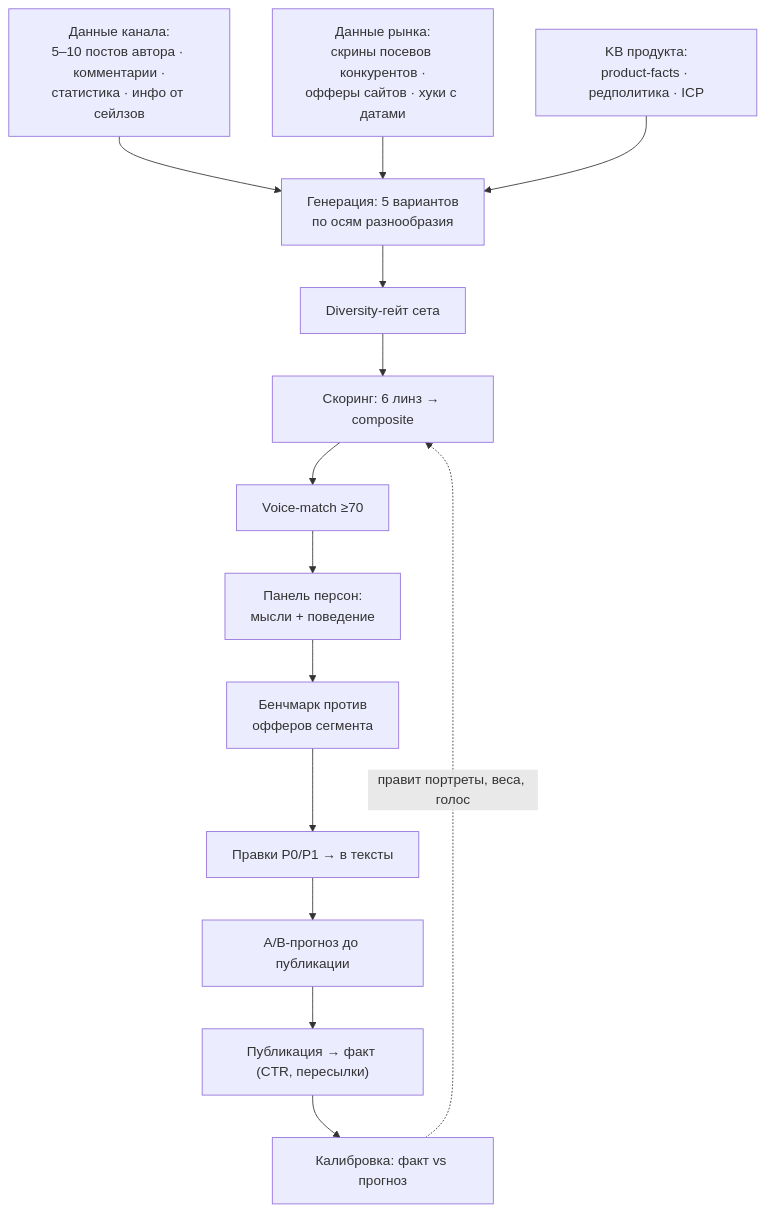
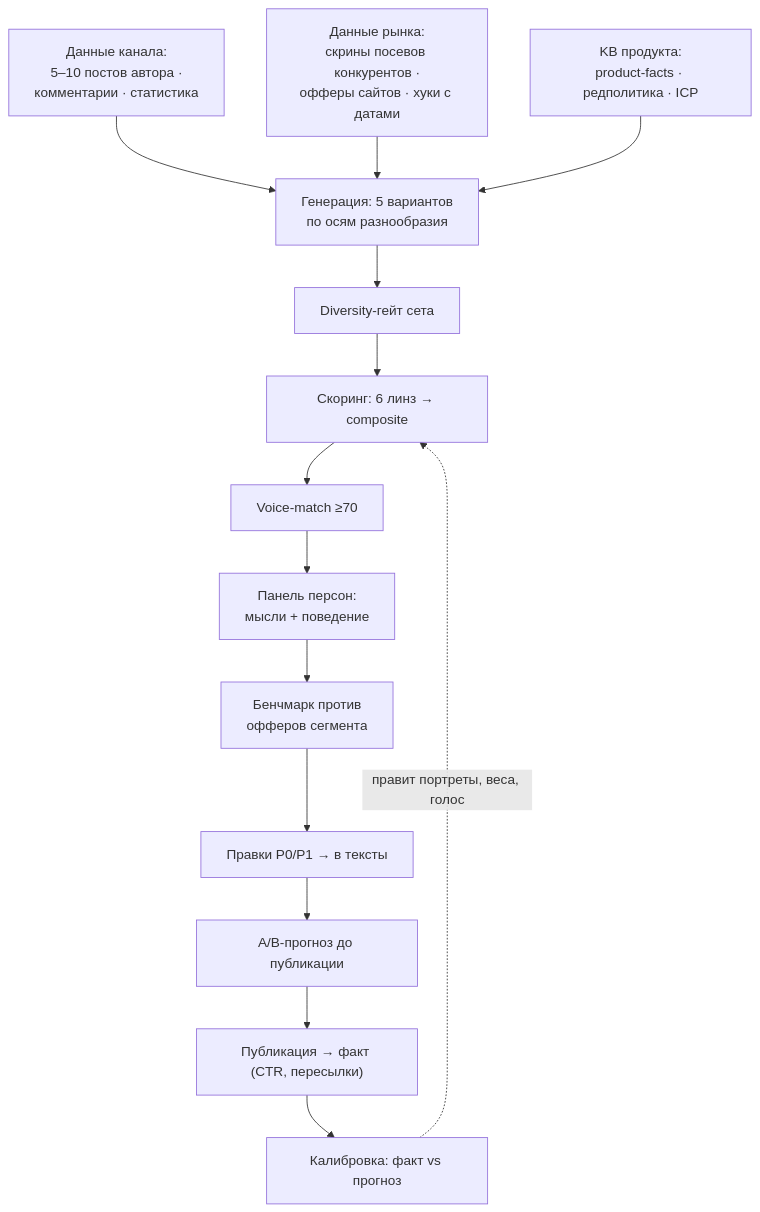
One commit to cryptoyoginya/kaiten-influence changed the diagram in docs/SCORING.md. Above: the diagram before and after it, drawn with Mermaid. The commit also changed other lines of this file, not shown here.

Commit message:
docs(SCORING): инфо от сейлзов — на перспективу, канал данных ещё не подключён

````diff
--- a/docs/SCORING.md
+++ b/docs/SCORING.md
@@ -29,16 +29,16 @@
 ```mermaid
 flowchart TD
-    D1["Данные канала:<br/>5–10 постов автора · комментарии ·<br/>статистика · инфо от сейлзов"] --> GEN
+    D1["Данные канала:<br/>5–10 постов автора ·<br/>комментарии · статистика"] --> GEN
     D2["Данные рынка:<br/>скрины посевов конкурентов ·<br/>офферы сайтов · хуки с датами"] --> GEN
     D3["KB продукта:<br/>product-facts · редполитика · ICP"] --> GEN
     GEN["Генерация: 5 вариантов<br/>по осям разнообразия"] --> DG["Diversity-гейт сета"]
     DG --> SC["Скоринг: 6 линз → composite"]
     SC --> VM["Voice-match ≥70"]
     VM --> PAN["Панель персон:<br/>мысли + поведение"]
     PAN --> BM["Бенчмарк против<br/>офферов сегмента"]
     BM --> FIX["Правки P0/P1 → в тексты"]
     FIX --> AB["A/B-прогноз до публикации"]
     AB --> PUB["Публикация → факт (CTR, пересылки)"]
     PUB --> CAL["Калибровка: факт vs прогноз"]
     CAL -.->|правит портреты, веса, голос| SC
 ```
````
